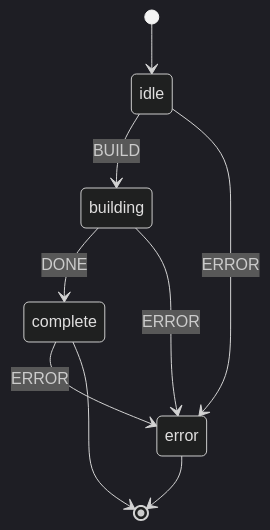
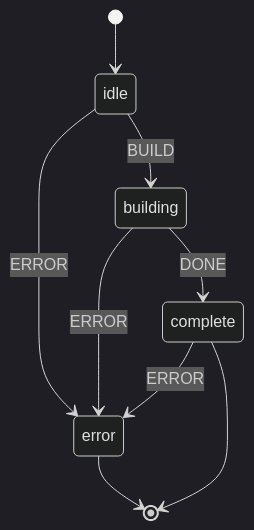
Before and after one commit to rhCat/lpp: the diagram in utils/blueprint_builder/results/blueprint_builder_simple.mmd, drawn with Mermaid (dark theme). The commit also changed other lines of this file and 28 other files, not shown here.

```diff
--- a/utils/blueprint_builder/results/blueprint_builder_simple.mmd
+++ b/utils/blueprint_builder/results/blueprint_builder_simple.mmd
@@ -1,10 +1,10 @@
 stateDiagram-v2
     %% L++ State Diagram: Blueprint Builder
     [*] --> idle
     idle --> building : BUILD
     building --> complete : DONE
     idle --> error : ERROR
     building --> error : ERROR
     complete --> error : ERROR
+    error --> [*]
     complete --> [*]
-    error --> [*]
```
